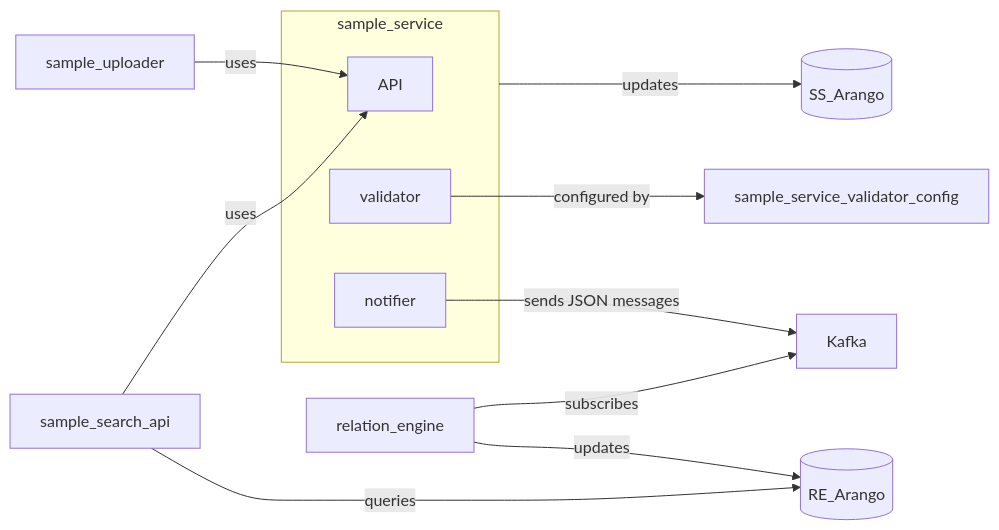
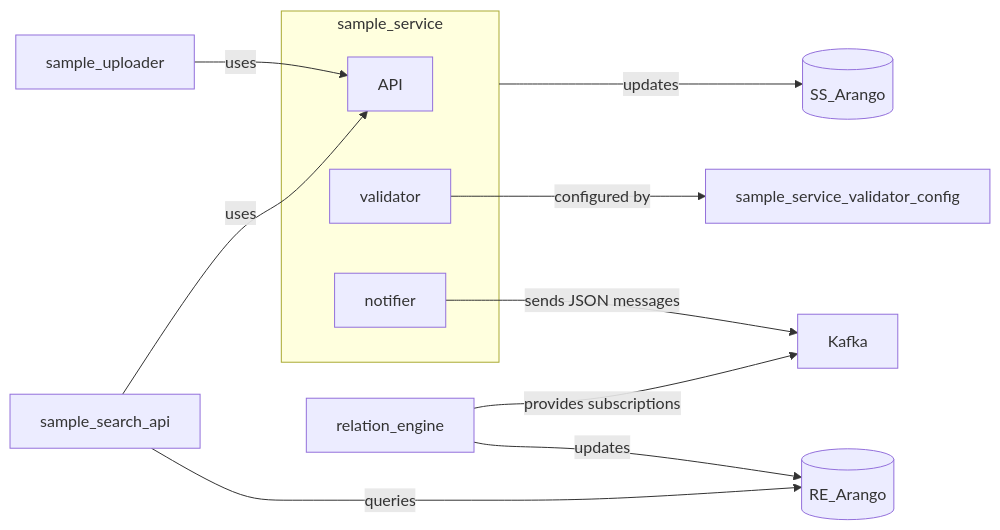
One commit to sashianl/sample_service changed the diagram in docs/highlevel_diagram.md. Above: the diagram before and after it, drawn with Mermaid.

````diff
--- a/docs/highlevel_diagram.md
+++ b/docs/highlevel_diagram.md
@@ -1,28 +1,28 @@
 ```mermaid
 flowchart LR
 
     subgraph sample_service
       API
       validator
       notifier
     end
     
 
     sample_service -- updates --> ss_arango_db[(SS_Arango)]
 
     sample_uploader -- uses --> API
     sample_search_api -- uses --> API
     sample_search_api -- queries --> re_arango_db[(RE_Arango)]
     notifier  -- sends JSON messages --> Kafka
     validator  -- configured by --> sample_service_validator_config
-    relation_engine -- subscribes -->  Kafka
+    relation_engine -- provides subscriptions -->  Kafka
     relation_engine -- updates --> re_arango_db[(RE_Arango)]
     
     click sample_uploader href "https://github.com/kbaseapps/sample_uploader" "sample_uploader"
     click sample_search_api href "https://github.com/kbase/sample_search_api" "sample_search_api"
     click sample_service_validator_config href "https://github.com/kbase/sample_service_validator_config" "sample_service_validator_config"
     click notifier href "https://github.com/kbase/sample_service/blob/master/lib/SampleService/core/notification.py" "notifier"
     click validator href "https://github.com/kbase/sample_service/tree/master/lib/SampleService/core/validator" "validator"
     click API href "https://github.com/kbase/sample_service/blob/master/SampleService.spec" "API"
     
 ```
````
